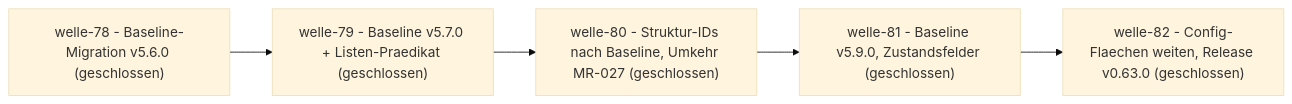
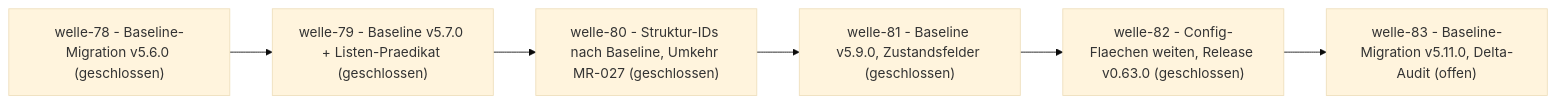
The diagram in docs/plan/planning/in-progress/roadmap.md (pt9912/d-check), drawn with Mermaid (base theme) before and after one commit. The commit also changed other lines of this file and 4 other files, not shown here.

````diff
--- a/docs/plan/planning/in-progress/roadmap.md
+++ b/docs/plan/planning/in-progress/roadmap.md
@@ -72,12 +74,14 @@
 ```mermaid
 flowchart LR
     W78["welle-78 - Baseline-Migration v5.6.0 (geschlossen)"]
     W79["welle-79 - Baseline v5.7.0 + Listen-Praedikat (geschlossen)"]
     W78 --> W79
     W80["welle-80 - Struktur-IDs nach Baseline, Umkehr MR-027 (geschlossen)"]
     W79 --> W80
     W81["welle-81 - Baseline v5.9.0, Zustandsfelder (geschlossen)"]
     W82["welle-82 - Config-Flaechen weiten, Release v0.63.0 (geschlossen)"]
     W81 --> W82
+    W83["welle-83 - Baseline-Migration v5.11.0, Delta-Audit (offen)"]
+    W82 --> W83
     W80 --> W81
 ```
````
